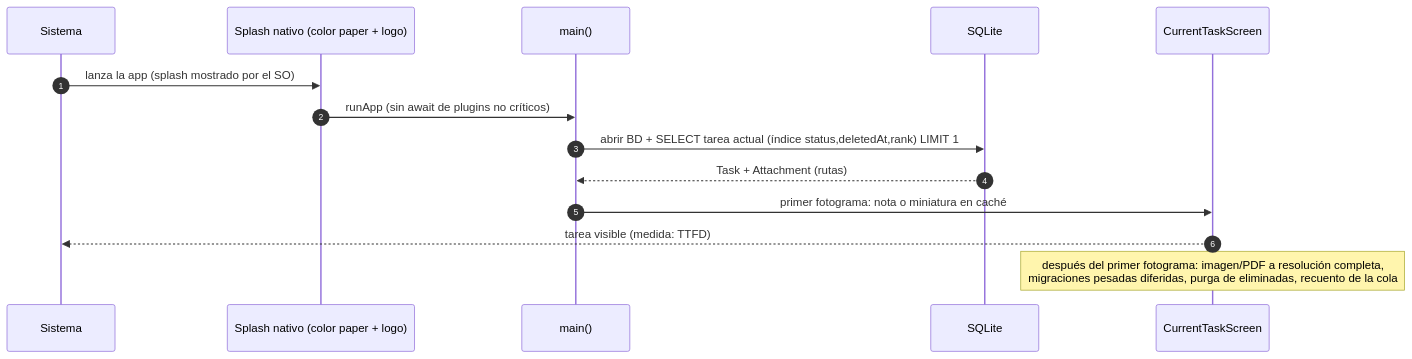
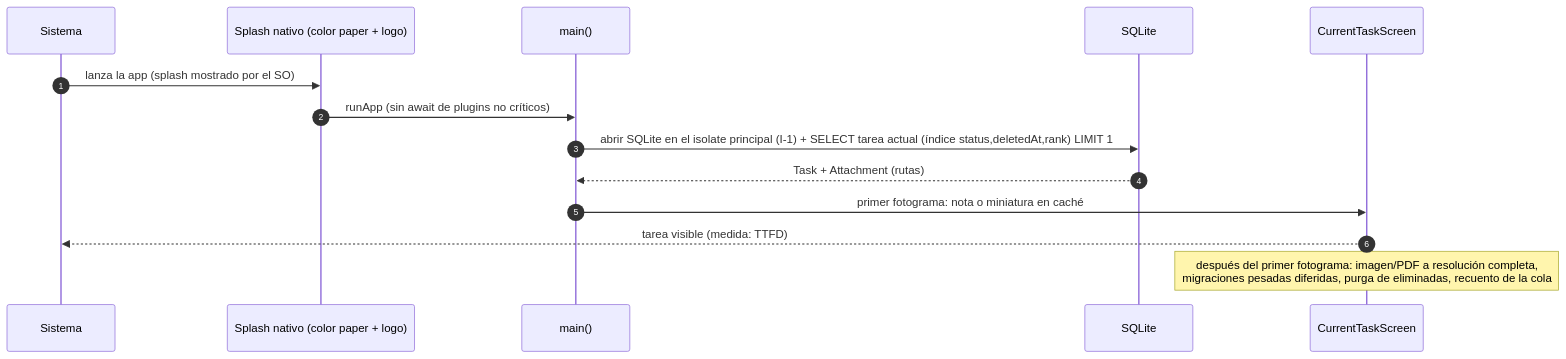
One commit to svallev/una changed the second of 4 diagrams in docs/architecture.md. Above: the diagram before and after it, drawn with Mermaid. The commit also changed other lines of this file and 20 other files, not shown here.

````diff
--- a/docs/architecture.md
+++ b/docs/architecture.md
@@ -68,16 +68,16 @@
 ```mermaid
 sequenceDiagram
   autonumber
   participant OS as Sistema
   participant N as Splash nativo (color paper + logo)
   participant M as main()
   participant DB as SQLite
   participant UI as CurrentTaskScreen
   OS->>N: lanza la app (splash mostrado por el SO)
   N->>M: runApp (sin await de plugins no críticos)
-  M->>DB: abrir BD + SELECT tarea actual (índice status,deletedAt,rank) LIMIT 1
+  M->>DB: abrir SQLite en el isolate principal (I-1) + SELECT tarea actual (índice status,deletedAt,rank) LIMIT 1
   DB-->>M: Task + Attachment (rutas)
   M->>UI: primer fotograma: nota o miniatura en caché
   UI-->>OS: tarea visible (medida: TTFD)
   Note over UI: después del primer fotograma: imagen/PDF a resolución completa,<br/>migraciones pesadas diferidas, purga de eliminadas, recuento de la cola
 ```
````
